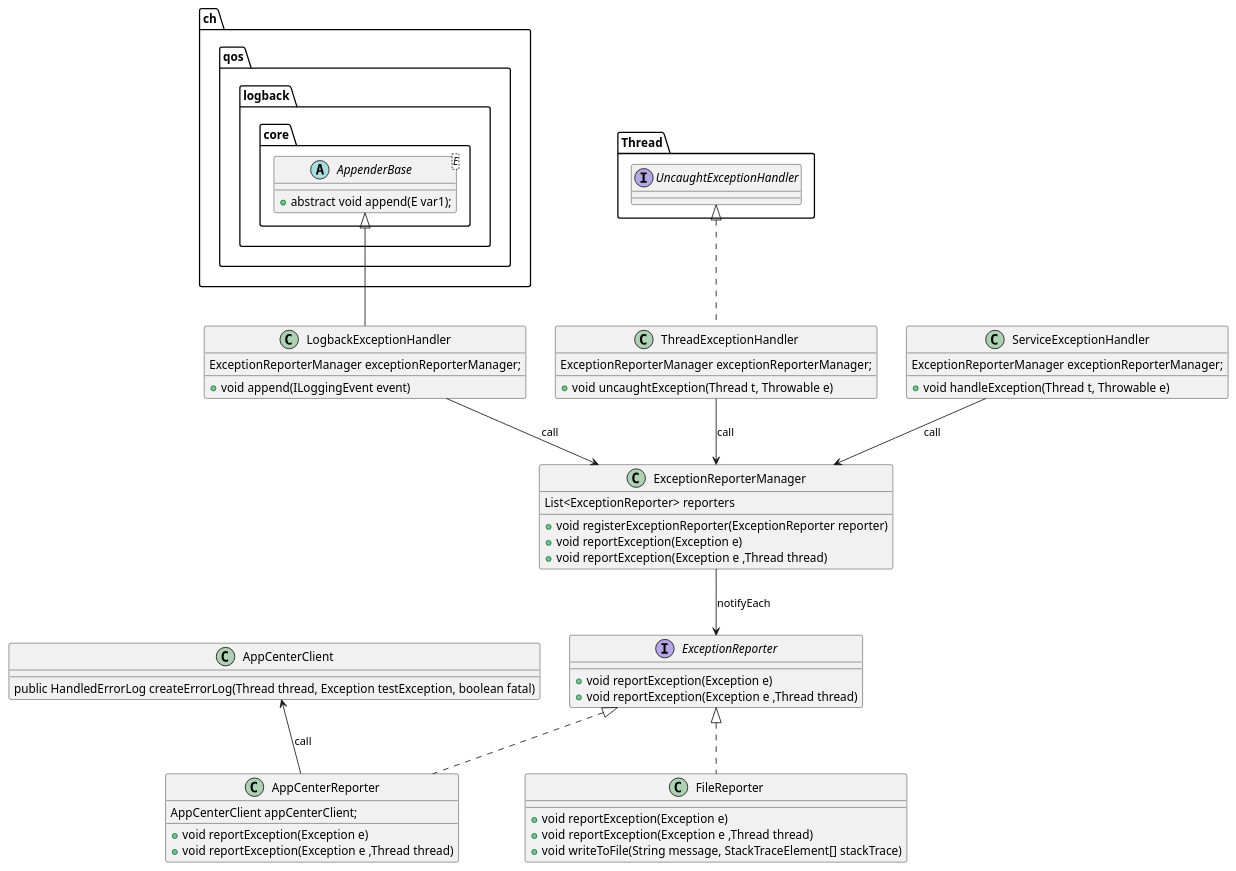
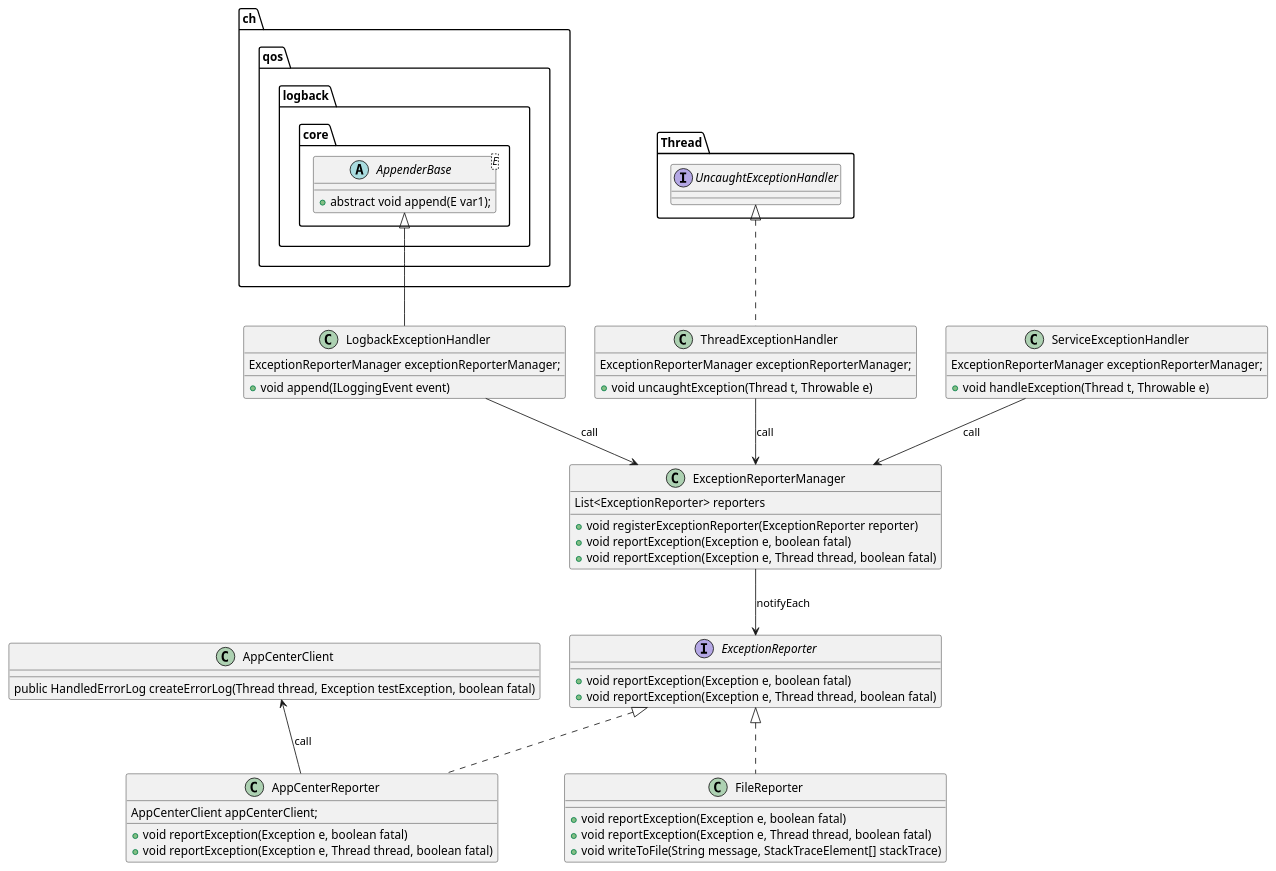
The diagram in agent/doc/UML/hydra_lab_exception_monitor_design.puml (microsoft/HydraLab), drawn with PlantUML before and after one commit. The commit also changed 24 other files, not shown here.

First line of the commit message:
Feature: Enable report exception for center & agent (#563)

```diff
--- a/agent/doc/UML/hydra_lab_exception_monitor_design.puml
+++ b/agent/doc/UML/hydra_lab_exception_monitor_design.puml
@@ -1,58 +1,58 @@
 @startuml exception_monitor
 interface ExceptionReporter {
-    + void reportException(Exception e)
-    + void reportException(Exception e ,Thread thread)
+    + void reportException(Exception e, boolean fatal)
+    + void reportException(Exception e, Thread thread, boolean fatal)
 }
 
 class ExceptionReporterManager {
     List<ExceptionReporter> reporters
     + void registerExceptionReporter(ExceptionReporter reporter)
-    + void reportException(Exception e)
-    + void reportException(Exception e ,Thread thread)
+    + void reportException(Exception e, boolean fatal)
+    + void reportException(Exception e, Thread thread, boolean fatal)
 }
 
 class AppCenterReporter implements ExceptionReporter {
     AppCenterClient appCenterClient;
 
-    + void reportException(Exception e)
-    + void reportException(Exception e ,Thread thread)
+    + void reportException(Exception e, boolean fatal)
+    + void reportException(Exception e, Thread thread, boolean fatal)
 }
 
 
 class FileReporter implements ExceptionReporter {
-    + void reportException(Exception e)
-    + void reportException(Exception e ,Thread thread)
+    + void reportException(Exception e, boolean fatal)
+    + void reportException(Exception e, Thread thread, boolean fatal)
     + void writeToFile(String message, StackTraceElement[] stackTrace)
 }
 
 class AppCenterClient{
     public HandledErrorLog createErrorLog(Thread thread, Exception testException, boolean fatal)
 }
 
 AppCenterClient <-- AppCenterReporter : call
 
 abstract class ch.qos.logback.core.AppenderBase<E> {
     + abstract void append(E var1);
 }
 
 class LogbackExceptionHandler extends ch.qos.logback.core.AppenderBase {
     ExceptionReporterManager exceptionReporterManager;
     + void append(ILoggingEvent event)
 }
 
 class ThreadExceptionHandler implements Thread.UncaughtExceptionHandler {
     ExceptionReporterManager exceptionReporterManager;
     + void uncaughtException(Thread t, Throwable e)
 }
 
 class ServiceExceptionHandler {
     ExceptionReporterManager exceptionReporterManager;
     + void handleException(Thread t, Throwable e)
 }
 
 LogbackExceptionHandler --> ExceptionReporterManager : call
 ThreadExceptionHandler --> ExceptionReporterManager : call
 ServiceExceptionHandler --> ExceptionReporterManager : call
 
 ExceptionReporterManager --> ExceptionReporter : notifyEach
 @enduml
```
